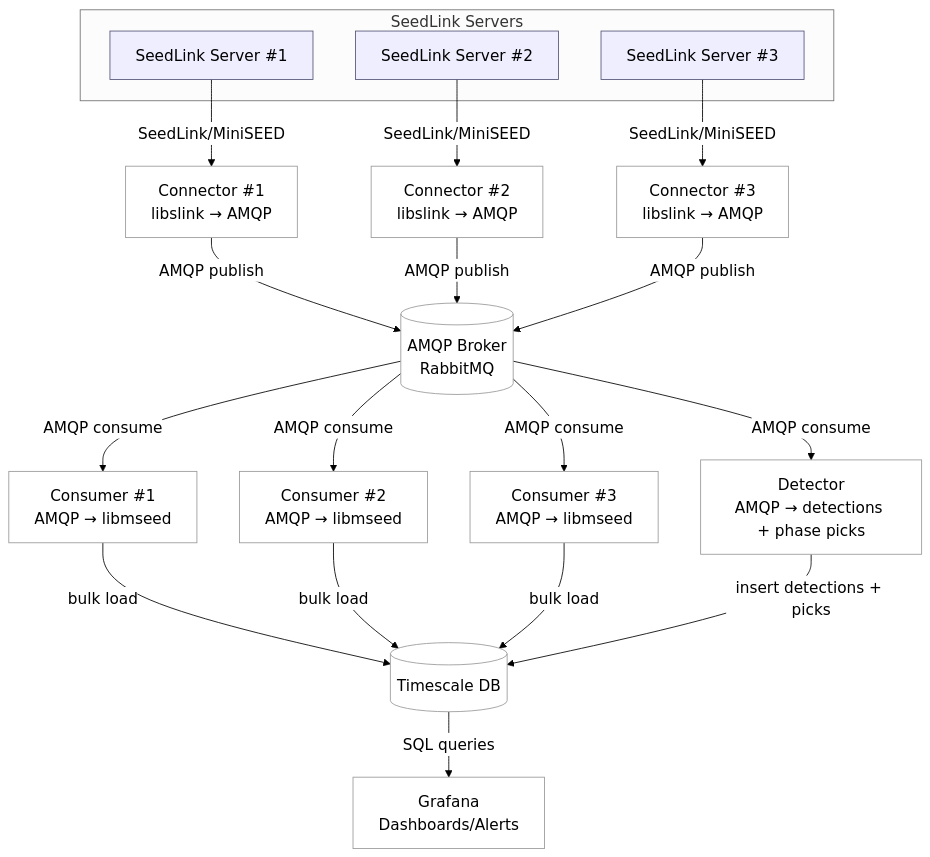
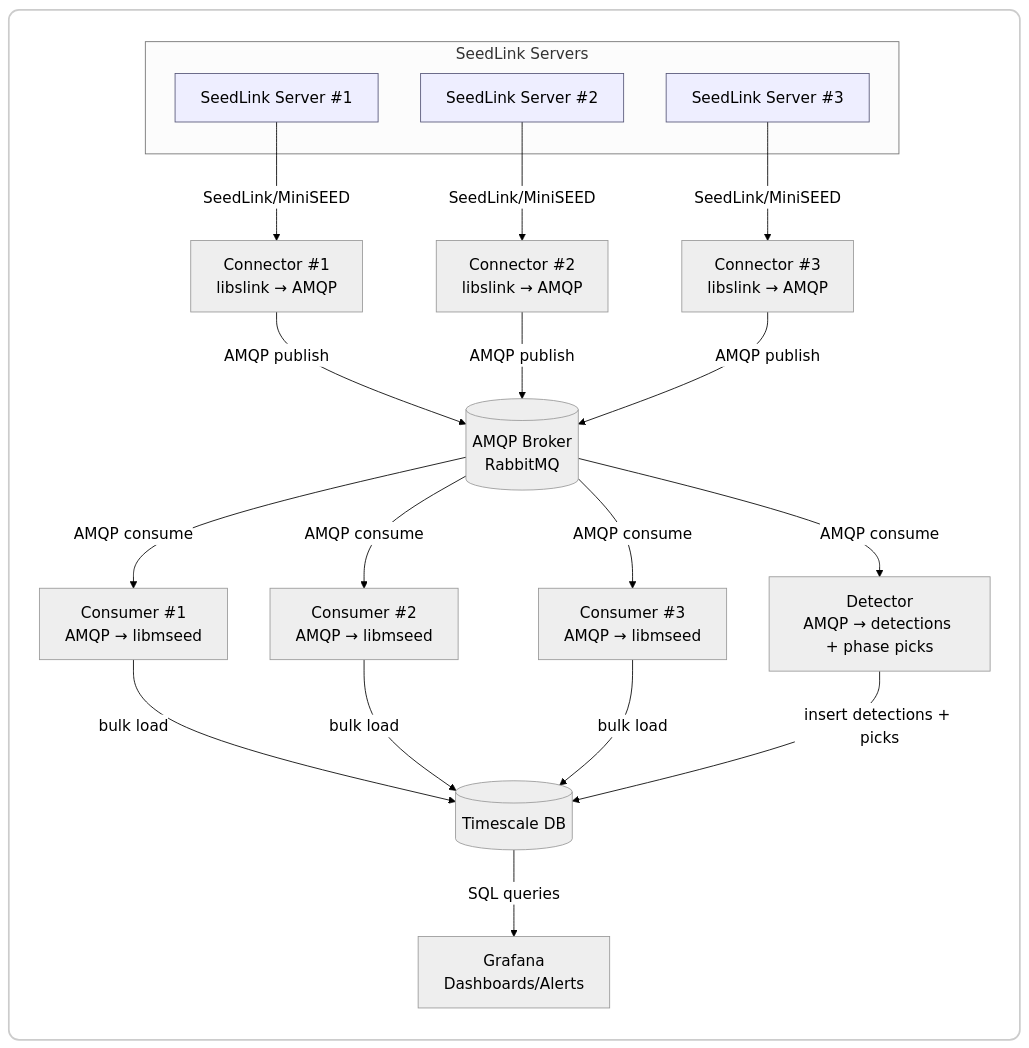
Before and after one commit to timkomate/seisstream: the diagram in README.md, drawn with Mermaid.

Commit message:
Update README.md
Now the architecture chart is visible with dark mode.

````diff
--- a/README.md
+++ b/README.md
@@ -6,31 +6,40 @@
 ```mermaid
-%%{init: {"theme":"neutral","themeVariables":{"fontSize":"18px","primaryTextColor":"#000","lineColor":"#000","background":"#ffffff","mainBkg":"#ffffff"}}}%%
+%%{init: {"theme":"neutral","themeVariables":{"fontSize":"18px","primaryTextColor":"#000","lineColor":"#000"}}}%%
 flowchart TB
-  subgraph SeedLink Servers
-    SL1[SeedLink Server #1]:::src
-    SL2[SeedLink Server #2]:::src
-    SL3[SeedLink Server #3]:::src
+
+  subgraph BG[" "]
+    direction TB
+
+    subgraph SeedLink Servers
+      SL1[SeedLink Server #1]:::src
+      SL2[SeedLink Server #2]:::src
+      SL3[SeedLink Server #3]:::src
+    end
+
+    SL1 -->|SeedLink/MiniSEED| CON1[Connector #1<br/>libslink → AMQP]
+    SL2 -->|SeedLink/MiniSEED| CON2[Connector #2<br/>libslink → AMQP]
+    SL3 -->|SeedLink/MiniSEED| CON3[Connector #3<br/>libslink → AMQP]
+
+    CON1 -->|AMQP publish| MQ[(AMQP Broker<br/>RabbitMQ)]
+    CON2 -->|AMQP publish| MQ
+    CON3 -->|AMQP publish| MQ
+
+    MQ -->|AMQP consume| CNS1[Consumer #1<br/>AMQP → libmseed]
+    MQ -->|AMQP consume| CNS2[Consumer #2<br/>AMQP → libmseed]
+    MQ -->|AMQP consume| CNS3[Consumer #3<br/>AMQP → libmseed]
+    MQ -->|AMQP consume| DET[Detector<br/>AMQP → detections + phase picks]
+
+    CNS1 -->|bulk load| PG[(Timescale DB)]
+    CNS2 -->|bulk load| PG
+    CNS3 -->|bulk load| PG
+    DET -->|insert detections + picks| PG
+
+    PG -->|SQL queries| GRAF[Grafana<br/>Dashboards/Alerts]
   end
 
-  SL1 -->|SeedLink/MiniSEED| CON1[Connector #1<br/>libslink → AMQP]
-  SL2 -->|SeedLink/MiniSEED| CON2[Connector #2<br/>libslink → AMQP]
-  SL3 -->|SeedLink/MiniSEED| CON3[Connector #3<br/>libslink → AMQP]
+  classDef src fill:#eef,stroke:#557;
+  style BG fill:#ffffff,stroke:#cccccc,stroke-width:2px,rx:12,ry:12;
 
-  CON1 -->|AMQP publish| MQ[(AMQP Broker<br/>RabbitMQ)]
-  CON2 -->|AMQP publish| MQ
-  CON3 -->|AMQP publish| MQ
 
-  MQ -->|AMQP consume| CNS1[Consumer #1<br/>AMQP → libmseed]
-  MQ -->|AMQP consume| CNS2[Consumer #2<br/>AMQP → libmseed]
-  MQ -->|AMQP consume| CNS3[Consumer #3<br/>AMQP → libmseed]
-  MQ -->|AMQP consume| DET[Detector<br/>AMQP → detections + phase picks]
 
-  CNS1 -->|bulk load| PG[(Timescale DB)]
-  CNS2 -->|bulk load| PG
-  CNS3 -->|bulk load| PG
-  DET -->|insert detections + picks| PG
-
-  PG -->|SQL queries| GRAF[Grafana<br/>Dashboards/Alerts]
-
-  classDef src fill:#eef,stroke:#557;
 ```
````
